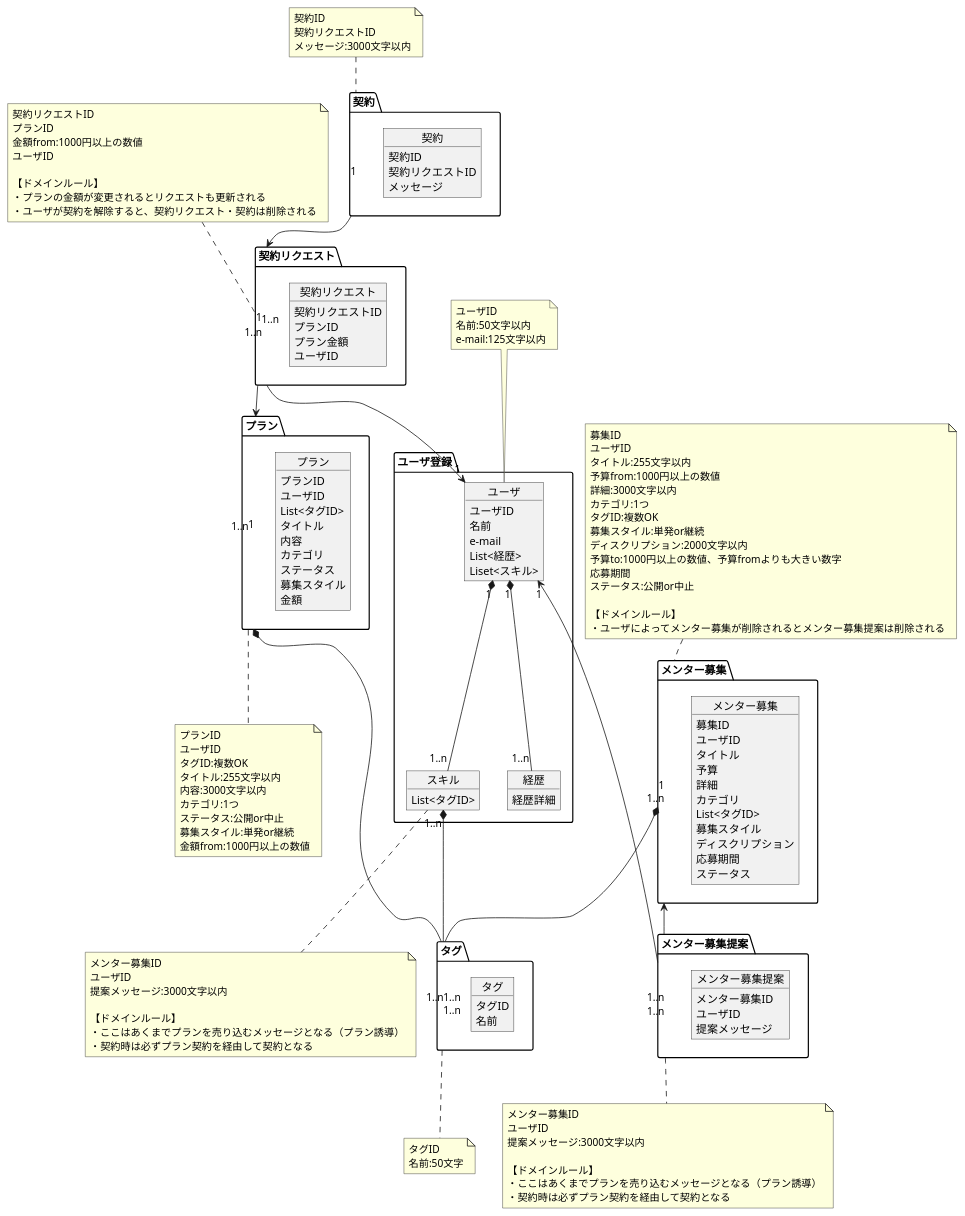
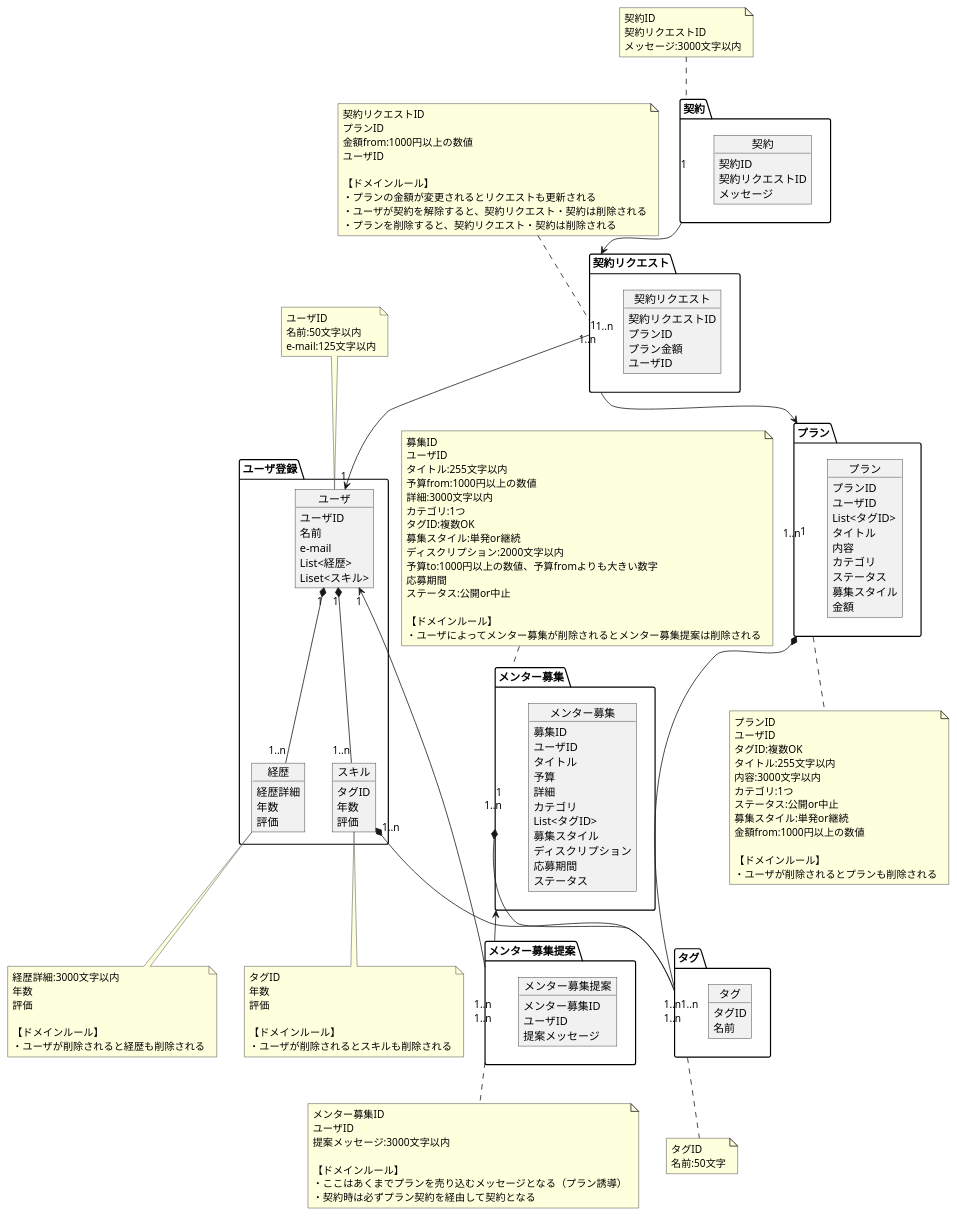
The diagram in domain_model_diagram.pu (junichiseki0831/helpa), drawn with PlantUML before and after one commit.

Commit message:
fix domain model diagram

```diff
--- a/domain_model_diagram.pu
+++ b/domain_model_diagram.pu
@@ -1,162 +1,177 @@
 @startuml Helpa on Diagram
 
 package "メンター募集" {
   object メンター募集 {
     募集ID
     ユーザID
     タイトル
     予算
     詳細
     カテゴリ
     List<タグID>
     募集スタイル
     ディスクリプション
     応募期間
     ステータス
   }
 }
 note top of メンター募集
   募集ID
   ユーザID
   タイトル:255文字以内
   予算from:1000円以上の数値
   詳細:3000文字以内
   カテゴリ:1つ
   タグID:複数OK
   募集スタイル:単発or継続
   ディスクリプション:2000文字以内
   予算to:1000円以上の数値、予算fromよりも大きい数字
   応募期間
   ステータス:公開or中止
 
   【ドメインルール】
   ・ユーザによってメンター募集が削除されるとメンター募集提案は削除される
 end note
 
 package "プラン" {
   object プラン {
     プランID
     ユーザID
     List<タグID>
     タイトル
     内容
     カテゴリ
     ステータス
     募集スタイル
     金額
   }
 }
 note bottom of プラン
   プランID
   ユーザID
   タグID:複数OK
   タイトル:255文字以内
   内容:3000文字以内
   カテゴリ:1つ
   ステータス:公開or中止
   募集スタイル:単発or継続
   金額from:1000円以上の数値
+
+  【ドメインルール】
+  ・ユーザが削除されるとプランも削除される
 end note
 
 package "契約" {
   object 契約 {
     契約ID
     契約リクエストID
     メッセージ
   }
 }
 note top of 契約
   契約ID
   契約リクエストID
   メッセージ:3000文字以内
 end note
 
 package "メンター募集提案" {
   object メンター募集提案 {
     メンター募集ID
     ユーザID
     提案メッセージ
   }
 }
 note bottom of メンター募集提案
   メンター募集ID
   ユーザID
   提案メッセージ:3000文字以内
 
   【ドメインルール】
   ・ここはあくまでプランを売り込むメッセージとなる（プラン誘導）
   ・契約時は必ずプラン契約を経由して契約となる
 end note
 
 package "タグ" {
   object タグ {
     タグID
     名前
   }
 }
 note bottom of タグ
   タグID
   名前:50文字
 end note
 
 package "ユーザ登録" {
   object ユーザ {
     ユーザID
     名前
     e-mail
     List<経歴>
     Liset<スキル>
   }
   object スキル {
-    List<タグID>
+    タグID
+    年数
+    評価
   }
   object 経歴 {
     経歴詳細
+    年数
+    評価
   }
 }
 note top of ユーザ
   ユーザID
   名前:50文字以内
   e-mail:125文字以内
 end note
 note bottom of スキル
-  メンター募集ID
-  ユーザID
-  提案メッセージ:3000文字以内
+  タグID
+  年数
+  評価
 
   【ドメインルール】
-  ・ここはあくまでプランを売り込むメッセージとなる（プラン誘導）
-  ・契約時は必ずプラン契約を経由して契約となる
+  ・ユーザが削除されるとスキルも削除される
+end note
+note bottom of 経歴
+  経歴詳細:3000文字以内
+  年数
+  評価
+
+  【ドメインルール】
+  ・ユーザが削除されると経歴も削除される
 end note
 
 package "契約リクエスト" {
   object 契約リクエスト {
     契約リクエストID
     プランID
     プラン金額
     ユーザID
   }
 }
 note top of 契約リクエスト
   契約リクエストID
   プランID
   金額from:1000円以上の数値
   ユーザID
 
   【ドメインルール】
   ・プランの金額が変更されるとリクエストも更新される
   ・ユーザが契約を解除すると、契約リクエスト・契約は削除される
+  ・プランを削除すると、契約リクエスト・契約は削除される
 end note
 
 メンター募集 "1" <-- "1..n" メンター募集提案
 ユーザ "1" <-- "1..n" メンター募集提案
 メンター募集 "1..n" *-- "1..n" タグ
 プラン "1..n" *-- "1..n" タグ
 ユーザ "1" *-- "1..n" スキル
 ユーザ "1" *-- "1..n" 経歴
 スキル "1..n" *-- "1..n" タグ
 契約 "1" --> "1" 契約リクエスト
 契約リクエスト "1..n" --> "1" プラン
 契約リクエスト "1..n" --> "1" ユーザ
 
 @enduml
```
